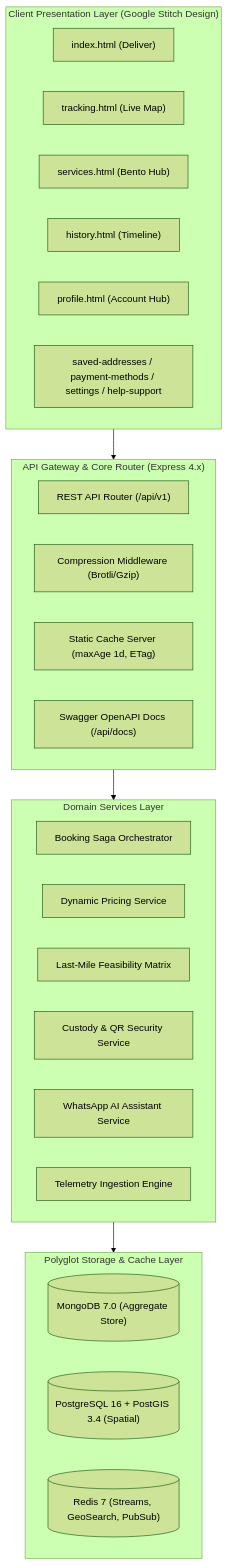
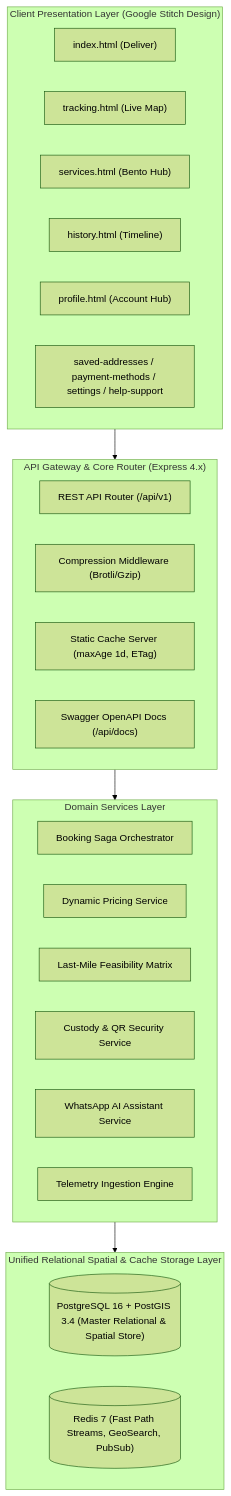
Before and after one commit to Anmo07/transitly: the first of 8 diagrams in docs/PROJECT_DOCUMENTATION.md, drawn with Mermaid (forest theme). The commit also changed other lines of this file and 9 other files, not shown here.

Commit message:
Updating documnentation with the new database schema

````diff
--- a/docs/PROJECT_DOCUMENTATION.md
+++ b/docs/PROJECT_DOCUMENTATION.md
@@ -77,37 +77,36 @@
 ```mermaid
 graph TB
   subgraph Client_Layer ["Client Presentation Layer (Google Stitch Design)"]
     WebDeliver["index.html (Deliver)"]
     WebTracking["tracking.html (Live Map)"]
     WebServices["services.html (Bento Hub)"]
     WebHistory["history.html (Timeline)"]
     WebProfile["profile.html (Account Hub)"]
     SubScreens["saved-addresses / payment-methods / settings / help-support"]
   end
 
   subgraph API_Gateway ["API Gateway & Core Router (Express 4.x)"]
     Router["REST API Router (/api/v1)"]
     GzipCompression["Compression Middleware (Brotli/Gzip)"]
     StaticServer["Static Cache Server (maxAge 1d, ETag)"]
     SwaggerUI["Swagger OpenAPI Docs (/api/docs)"]
   end
 
   subgraph Domain_Services ["Domain Services Layer"]
     BookingSaga["Booking Saga Orchestrator"]
     PricingSvc["Dynamic Pricing Service"]
     LastMileOrch["Last-Mile Feasibility Matrix"]
     CustodySvc["Custody & QR Security Service"]
     WhatsAppSvc["WhatsApp AI Assistant Service"]
     TelemetrySvc["Telemetry Ingestion Engine"]
   end
 
-  subgraph Data_Storage ["Polyglot Storage & Cache Layer"]
-    MongoDB[("MongoDB 7.0 (Aggregate Store)")]
-    PostGIS[("PostgreSQL 16 + PostGIS 3.4 (Spatial)")]
-    Redis[("Redis 7 (Streams, GeoSearch, PubSub)")]
+  subgraph Data_Storage ["Unified Relational Spatial & Cache Storage Layer"]
+    PostgreSQL[("PostgreSQL 16 + PostGIS 3.4 (Master Relational & Spatial Store)")]
+    Redis[("Redis 7 (Fast Path Streams, GeoSearch, PubSub)")]
   end
 
   Client_Layer --> API_Gateway
   API_Gateway --> Domain_Services
   Domain_Services --> Data_Storage
 ```
````
